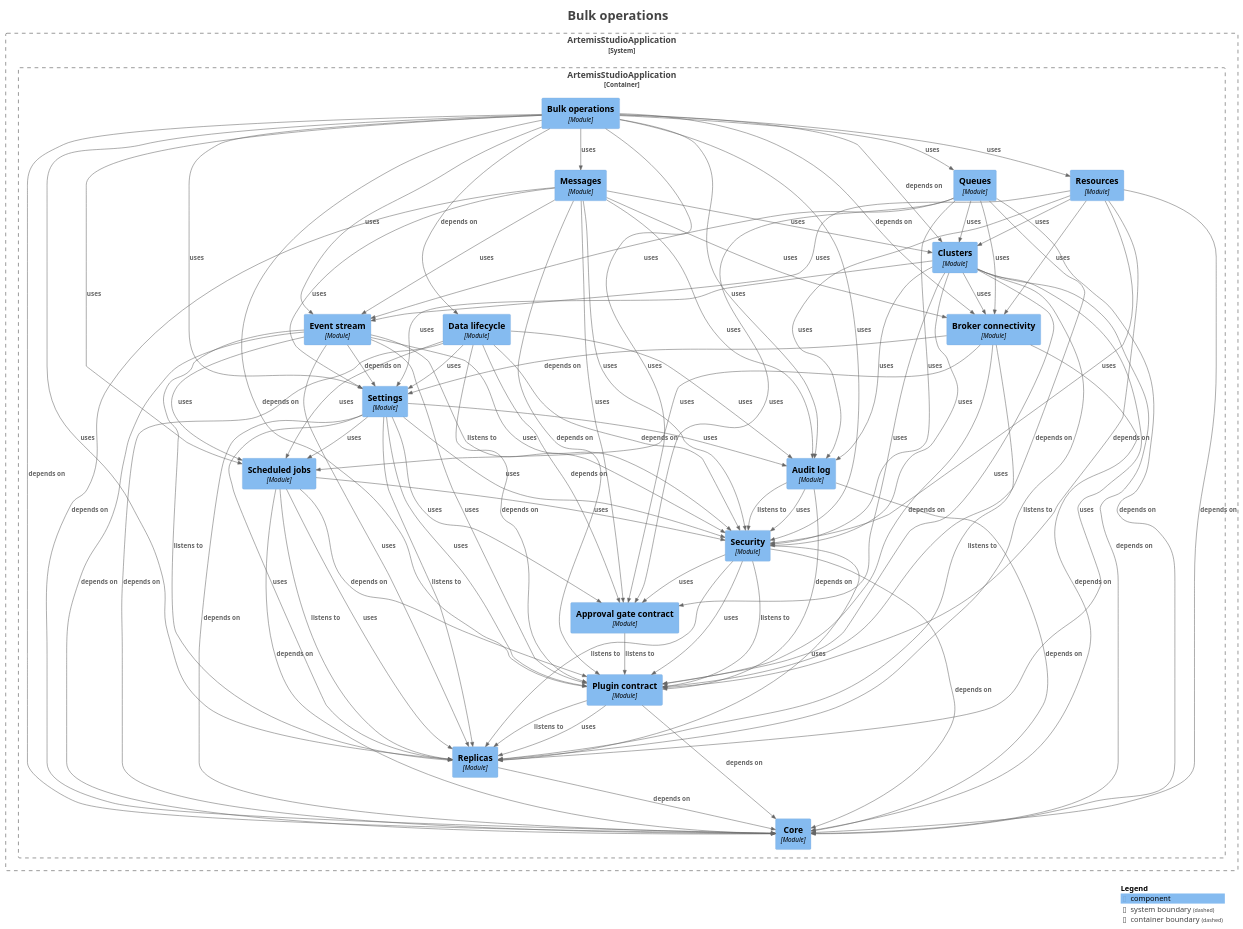
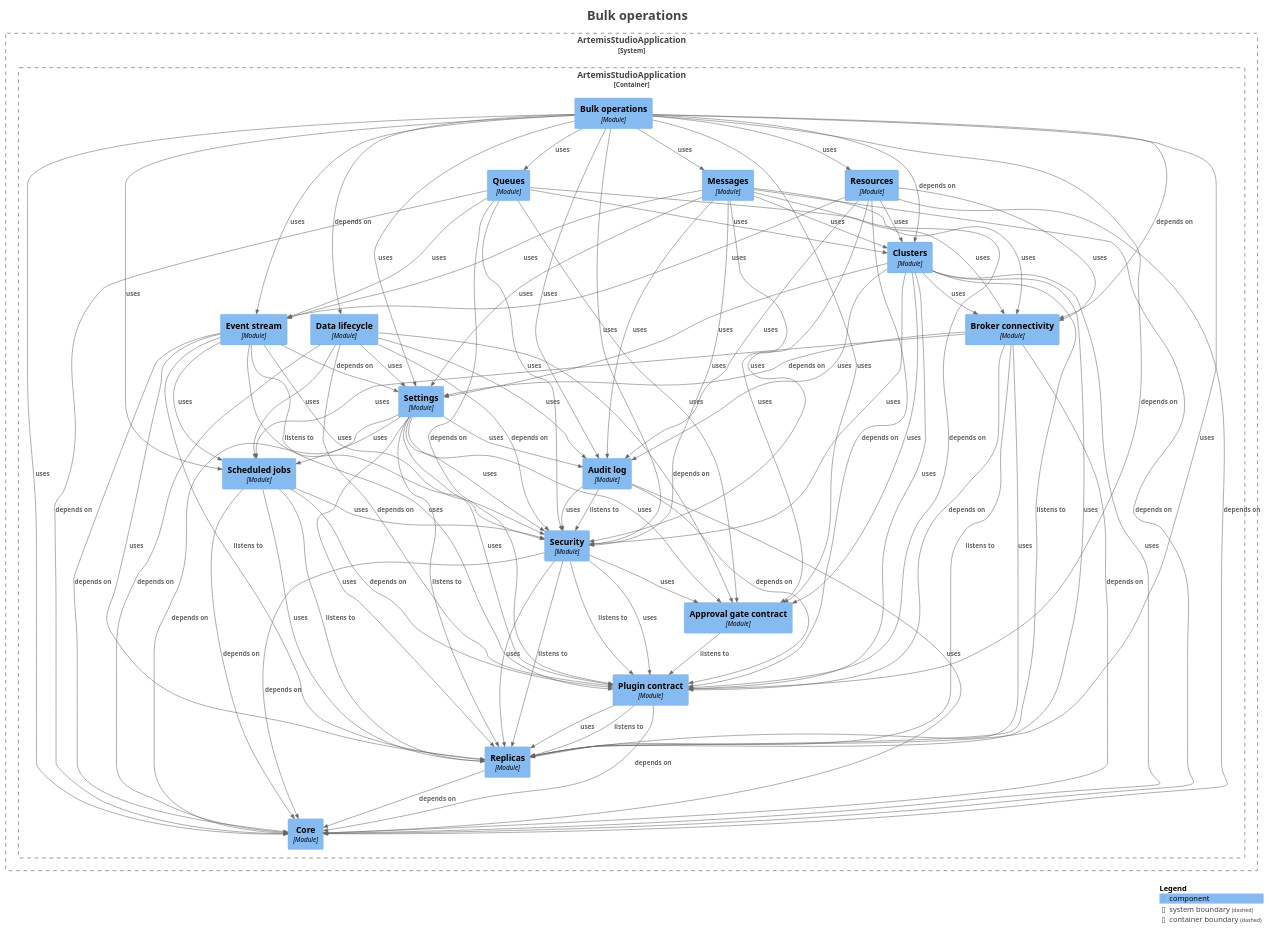
The diagram in docs/modules/module-feature.bulk.puml (sudoitir/artemis-studio), drawn with PlantUML before and after one commit. The commit also changed 84 other files, not shown here.

```diff
--- a/docs/modules/module-feature.bulk.puml
+++ b/docs/modules/module-feature.bulk.puml
@@ -38,20 +38,21 @@
 }
 
 Rel(ArtemisStudioApplication.ArtemisStudioApplication.Approvalgatecontract, ArtemisStudioApplication.ArtemisStudioApplication.Plugincontract, "listens to", $techn="", $tags="", $link="")
-Rel(ArtemisStudioApplication.ArtemisStudioApplication.Auditlog, ArtemisStudioApplication.ArtemisStudioApplication.Core, "depends on", $techn="", $tags="", $link="")
+Rel(ArtemisStudioApplication.ArtemisStudioApplication.Auditlog, ArtemisStudioApplication.ArtemisStudioApplication.Core, "uses", $techn="", $tags="", $link="")
 Rel(ArtemisStudioApplication.ArtemisStudioApplication.Auditlog, ArtemisStudioApplication.ArtemisStudioApplication.Plugincontract, "depends on", $techn="", $tags="", $link="")
 Rel(ArtemisStudioApplication.ArtemisStudioApplication.Auditlog, ArtemisStudioApplication.ArtemisStudioApplication.Security, "listens to", $techn="", $tags="", $link="")
 Rel(ArtemisStudioApplication.ArtemisStudioApplication.Auditlog, ArtemisStudioApplication.ArtemisStudioApplication.Security, "uses", $techn="", $tags="", $link="")
 Rel(ArtemisStudioApplication.ArtemisStudioApplication.Brokerconnectivity, ArtemisStudioApplication.ArtemisStudioApplication.Core, "depends on", $techn="", $tags="", $link="")
 Rel(ArtemisStudioApplication.ArtemisStudioApplication.Brokerconnectivity, ArtemisStudioApplication.ArtemisStudioApplication.Plugincontract, "depends on", $techn="", $tags="", $link="")
 Rel(ArtemisStudioApplication.ArtemisStudioApplication.Brokerconnectivity, ArtemisStudioApplication.ArtemisStudioApplication.Replicas, "listens to", $techn="", $tags="", $link="")
+Rel(ArtemisStudioApplication.ArtemisStudioApplication.Brokerconnectivity, ArtemisStudioApplication.ArtemisStudioApplication.Replicas, "uses", $techn="", $tags="", $link="")
 Rel(ArtemisStudioApplication.ArtemisStudioApplication.Brokerconnectivity, ArtemisStudioApplication.ArtemisStudioApplication.Scheduledjobs, "uses", $techn="", $tags="", $link="")
 Rel(ArtemisStudioApplication.ArtemisStudioApplication.Brokerconnectivity, ArtemisStudioApplication.ArtemisStudioApplication.Settings, "depends on", $techn="", $tags="", $link="")
 Rel(ArtemisStudioApplication.ArtemisStudioApplication.Bulkoperations, ArtemisStudioApplication.ArtemisStudioApplication.Approvalgatecontract, "uses", $techn="", $tags="", $link="")
 Rel(ArtemisStudioApplication.ArtemisStudioApplication.Bulkoperations, ArtemisStudioApplication.ArtemisStudioApplication.Auditlog, "uses", $techn="", $tags="", $link="")
 Rel(ArtemisStudioApplication.ArtemisStudioApplication.Bulkoperations, ArtemisStudioApplication.ArtemisStudioApplication.Brokerconnectivity, "depends on", $techn="", $tags="", $link="")
 Rel(ArtemisStudioApplication.ArtemisStudioApplication.Bulkoperations, ArtemisStudioApplication.ArtemisStudioApplication.Clusters, "depends on", $techn="", $tags="", $link="")
-Rel(ArtemisStudioApplication.ArtemisStudioApplication.Bulkoperations, ArtemisStudioApplication.ArtemisStudioApplication.Core, "depends on", $techn="", $tags="", $link="")
+Rel(ArtemisStudioApplication.ArtemisStudioApplication.Bulkoperations, ArtemisStudioApplication.ArtemisStudioApplication.Core, "uses", $techn="", $tags="", $link="")
 Rel(ArtemisStudioApplication.ArtemisStudioApplication.Bulkoperations, ArtemisStudioApplication.ArtemisStudioApplication.Datalifecycle, "depends on", $techn="", $tags="", $link="")
 Rel(ArtemisStudioApplication.ArtemisStudioApplication.Bulkoperations, ArtemisStudioApplication.ArtemisStudioApplication.Eventstream, "uses", $techn="", $tags="", $link="")
 Rel(ArtemisStudioApplication.ArtemisStudioApplication.Bulkoperations, ArtemisStudioApplication.ArtemisStudioApplication.Messages, "uses", $techn="", $tags="", $link="")
@@ -65,7 +66,7 @@
 Rel(ArtemisStudioApplication.ArtemisStudioApplication.Clusters, ArtemisStudioApplication.ArtemisStudioApplication.Approvalgatecontract, "uses", $techn="", $tags="", $link="")
 Rel(ArtemisStudioApplication.ArtemisStudioApplication.Clusters, ArtemisStudioApplication.ArtemisStudioApplication.Auditlog, "uses", $techn="", $tags="", $link="")
 Rel(ArtemisStudioApplication.ArtemisStudioApplication.Clusters, ArtemisStudioApplication.ArtemisStudioApplication.Brokerconnectivity, "uses", $techn="", $tags="", $link="")
-Rel(ArtemisStudioApplication.ArtemisStudioApplication.Clusters, ArtemisStudioApplication.ArtemisStudioApplication.Core, "depends on", $techn="", $tags="", $link="")
+Rel(ArtemisStudioApplication.ArtemisStudioApplication.Clusters, ArtemisStudioApplication.ArtemisStudioApplication.Core, "uses", $techn="", $tags="", $link="")
 Rel(ArtemisStudioApplication.ArtemisStudioApplication.Clusters, ArtemisStudioApplication.ArtemisStudioApplication.Plugincontract, "uses", $techn="", $tags="", $link="")
 Rel(ArtemisStudioApplication.ArtemisStudioApplication.Clusters, ArtemisStudioApplication.ArtemisStudioApplication.Replicas, "listens to", $techn="", $tags="", $link="")
 Rel(ArtemisStudioApplication.ArtemisStudioApplication.Clusters, ArtemisStudioApplication.ArtemisStudioApplication.Replicas, "uses", $techn="", $tags="", $link="")
```
